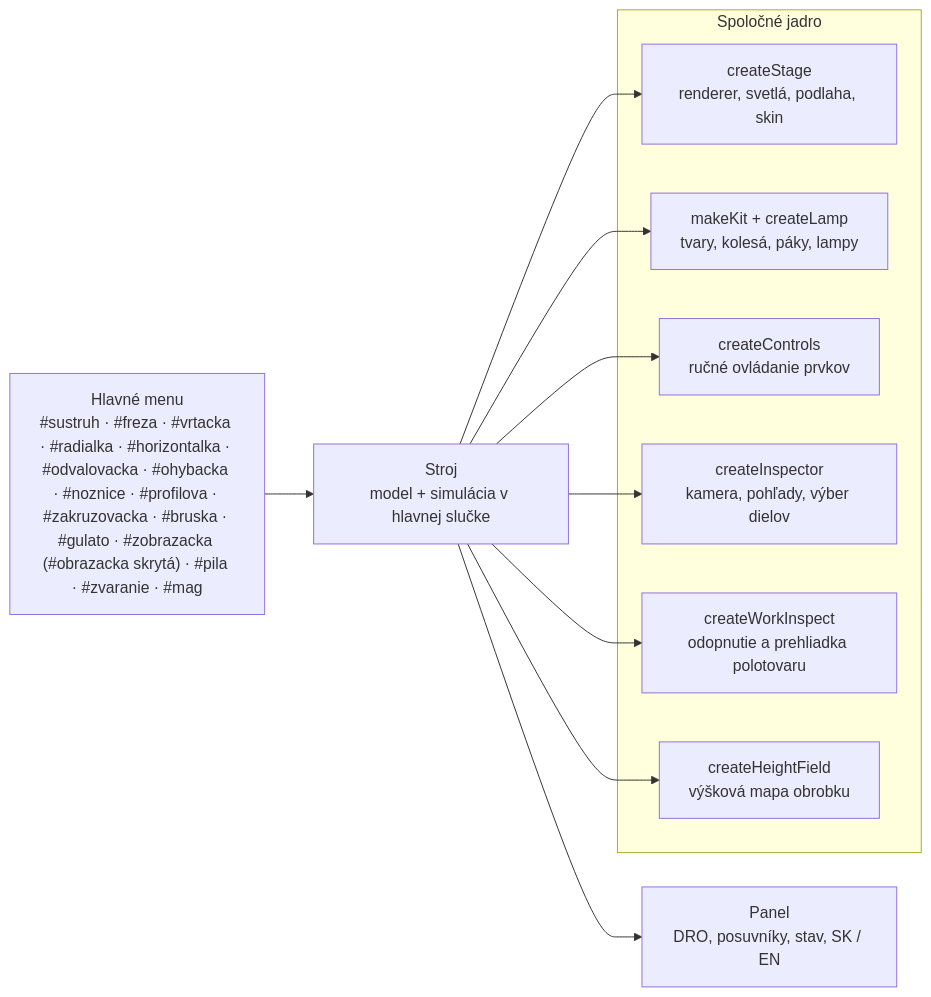
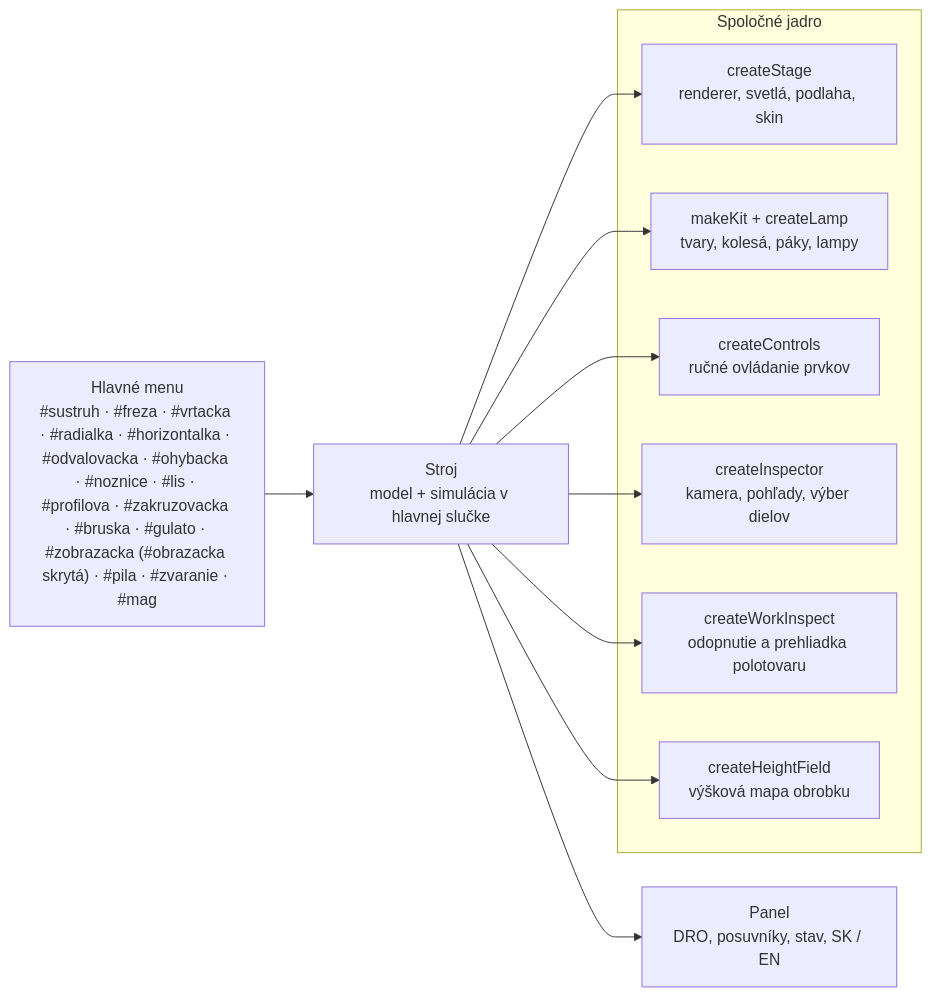
One commit to bucala/Real-machine-tools changed the diagram in README.md. Above: the diagram before and after it, drawn with Mermaid. The commit also changed other lines of this file and 55 other files, not shown here.

````diff
--- a/README.md
+++ b/README.md
@@ -280,14 +294,14 @@
 ```mermaid
 flowchart LR
-  menu["Hlavné menu<br/>#sustruh · #freza · #vrtacka · #radialka · #horizontalka · #odvalovacka · #ohybacka · #noznice · #profilova · #zakruzovacka · #bruska · #gulato · #zobrazacka (#obrazacka skrytá) · #pila · #zvaranie · #mag"] --> machine
+  menu["Hlavné menu<br/>#sustruh · #freza · #vrtacka · #radialka · #horizontalka · #odvalovacka · #ohybacka · #noznice · #lis · #profilova · #zakruzovacka · #bruska · #gulato · #zobrazacka (#obrazacka skrytá) · #pila · #zvaranie · #mag"] --> machine
   subgraph core["Spoločné jadro"]
     stage["createStage<br/>renderer, svetlá, podlaha, skin"]
     kit["makeKit + createLamp<br/>tvary, kolesá, páky, lampy"]
     ctrl["createControls<br/>ručné ovládanie prvkov"]
     insp["createInspector<br/>kamera, pohľady, výber dielov"]
     wi["createWorkInspect<br/>odopnutie a prehliadka polotovaru"]
     hf["createHeightField<br/>výšková mapa obrobku"]
   end
   machine["Stroj<br/>model + simulácia v hlavnej slučke"] --> stage & kit & ctrl & insp & wi & hf
   machine --> panel["Panel<br/>DRO, posuvníky, stav, SK / EN"]
 ```
````
